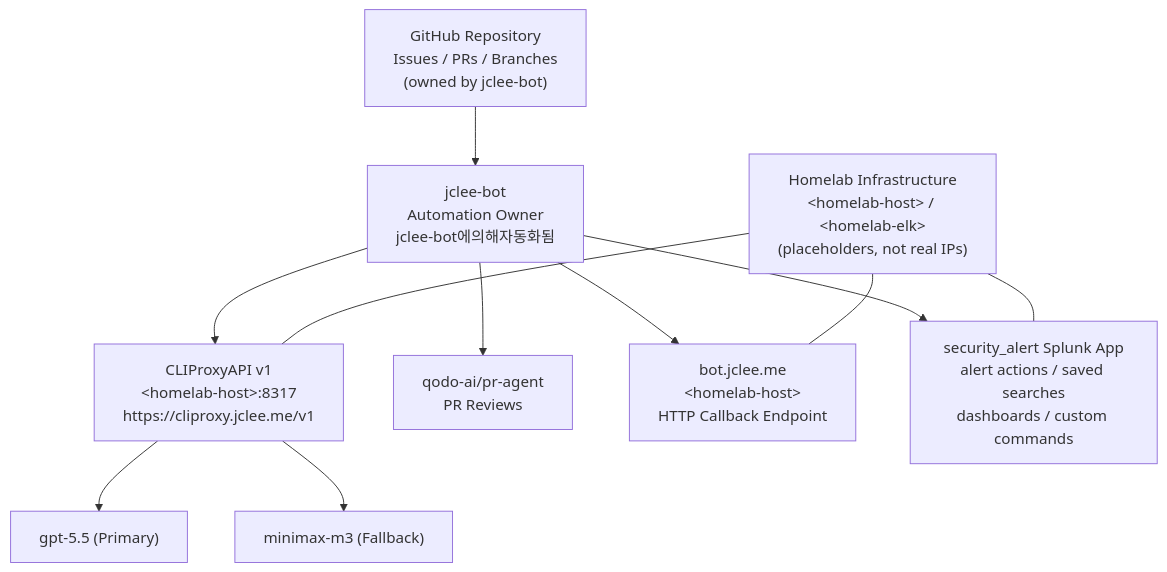
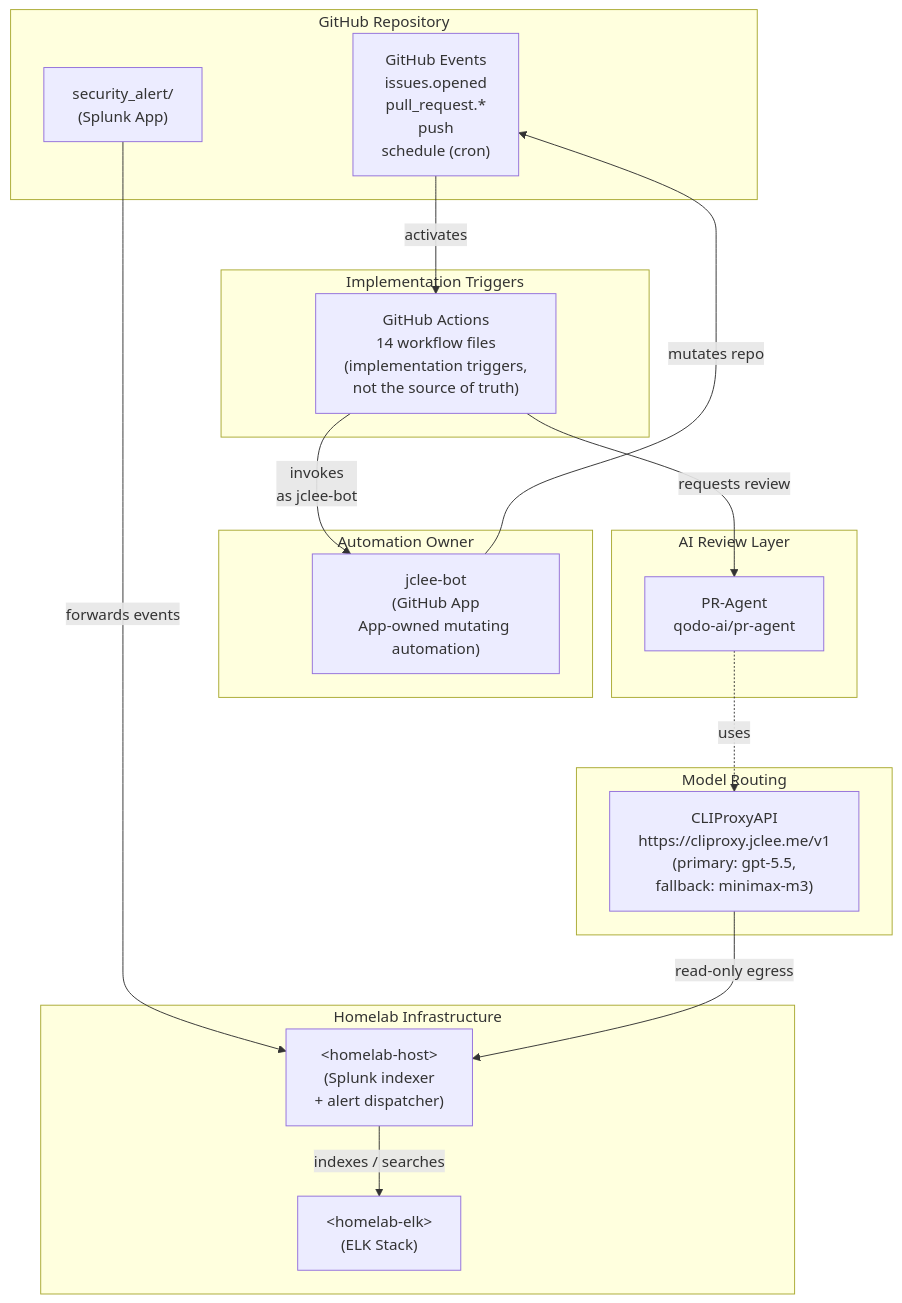
The diagram in README.md (jclee941/splunk), drawn with Mermaid before and after one commit. The commit also changed other lines of this file, not shown here.

````diff
--- a/README.md
+++ b/README.md
@@ -152,23 +87,37 @@
 ```mermaid
-flowchart TB
-    GH["GitHub Repository<br/>Issues / PRs / Branches<br/>(owned by jclee-bot)"]
-    BOT["jclee-bot<br/>Automation Owner<br/>jclee-bot에의해자동화됨"]
-    CP["CLIProxyAPI v1<br/>&lt;homelab-host&gt;:8317<br/>https://cliproxy.jclee.me/v1"]
-    M1["gpt-5.5 (Primary)"]
-    M2["minimax-m3 (Fallback)"]
-    PRA["qodo-ai/pr-agent<br/>PR Reviews"]
-    BE["bot.jclee.me<br/>&lt;homelab-host&gt;<br/>HTTP Callback Endpoint"]
-    SA["security_alert Splunk App<br/>alert actions / saved searches<br/>dashboards / custom commands"]
-    HL["Homelab Infrastructure<br/>&lt;homelab-host&gt; / &lt;homelab-elk&gt;<br/>(placeholders, not real IPs)"]
+flowchart TD
+    subgraph SRC["GitHub Repository"]
+        EVT["GitHub Events<br/>issues.opened<br/>pull_request.*<br/>push<br/>schedule (cron)"]
+        APP["security_alert/<br/>(Splunk App)"]
+    end
 
-    GH --> BOT
-    BOT --> CP
-    CP --> M1
-    CP --> M2
-    BOT --> PRA
-    BOT --> BE
-    BOT --> SA
-    HL --- CP
-    HL --- BE
-    HL --- SA
+    subgraph OWNER["Automation Owner"]
+        BOT["jclee-bot<br/>(GitHub App<br/>App-owned mutating automation)"]
+    end
+
+    subgraph TRIG["Implementation Triggers"]
+        WF["GitHub Actions<br/>14 workflow files<br/>(implementation triggers,<br/>not the source of truth)"]
+    end
+
+    subgraph REVIEW["AI Review Layer"]
+        PRA["PR-Agent<br/>qodo-ai/pr-agent"]
+    end
+
+    subgraph MODEL["Model Routing"]
+        CLI["CLIProxyAPI<br/>https://cliproxy.jclee.me/v1<br/>(primary: gpt-5.5,<br/>fallback: minimax-m3)"]
+    end
+
+    subgraph HOMELAB["Homelab Infrastructure"]
+        HOST["&lt;homelab-host&gt;<br/>(Splunk indexer<br/>+ alert dispatcher)"]
+        ELK["&lt;homelab-elk&gt;<br/>(ELK Stack)"]
+    end
+
+    EVT -->|activates| WF
+    WF -->|invokes<br/>as jclee-bot| BOT
+    BOT -->|mutates repo| EVT
+    WF -->|requests review| PRA
+    PRA -.uses.-> CLI
+    APP -->|forwards events| HOST
+    HOST -->|indexes / searches| ELK
+    CLI -->|read-only egress| HOST
 ```
````
